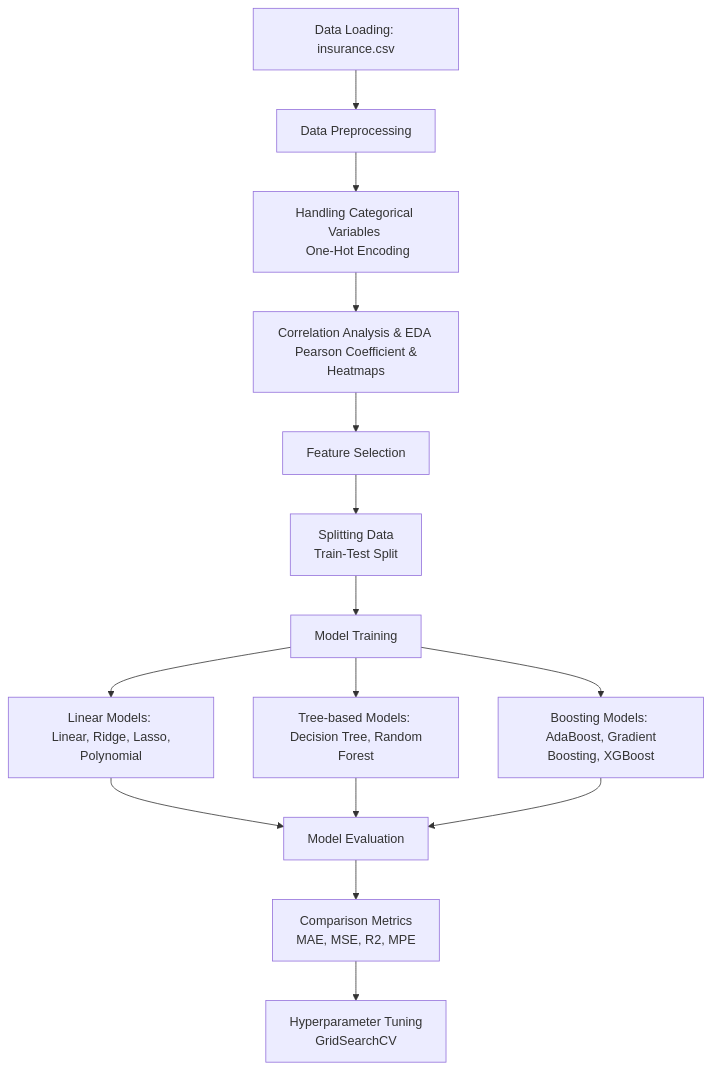
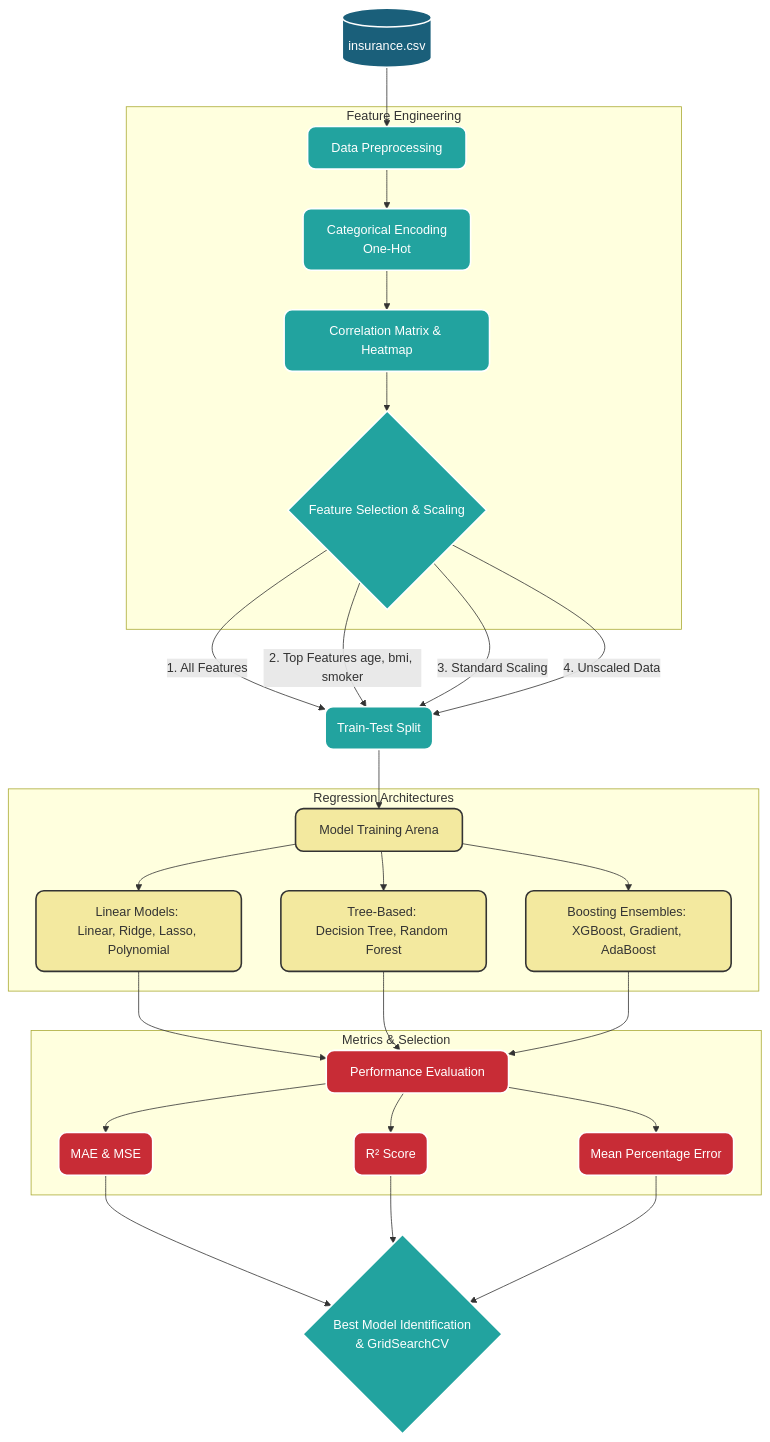
The diagram in README.md (PranjalUpadhyay7/Medical-Insurance-Cost-Prediction), drawn with Mermaid before and after one commit. The commit also changed other lines of this file, not shown here.

````diff
--- a/README.md
+++ b/README.md
@@ -18,20 +31,38 @@
 ```mermaid
-graph TD;
-    A[Data Loading: insurance.csv] --> B[Data Preprocessing];
-    B --> C[Handling Categorical Variables <br> One-Hot Encoding];
-    C --> D[Correlation Analysis & EDA <br> Pearson Coefficient & Heatmaps];
-    D --> E[Feature Selection];
-    E --> F[Splitting Data <br> Train-Test Split];
-    F --> G[Model Training];
+graph TD
+    classDef dataset fill:#1A5F7A,stroke:#ffffff,stroke-width:2px,color:#ffffff,rx:10px,ry:10px
+    classDef process fill:#22A39F,stroke:#ffffff,stroke-width:2px,color:#ffffff,rx:10px,ry:10px
+    classDef model fill:#F3E99F,stroke:#333333,stroke-width:2px,color:#333333,rx:10px,ry:10px
+    classDef eval fill:#C82C36,stroke:#ffffff,stroke-width:2px,color:#ffffff,rx:10px,ry:10px
+
+    A[(insurance.csv)]:::dataset --> B[Data Preprocessing]:::process
     
-    G --> H[Linear Models: <br> Linear, Ridge, Lasso, Polynomial];
-    G --> I[Tree-based Models: <br> Decision Tree, Random Forest];
-    G --> J[Boosting Models: <br> AdaBoost, Gradient Boosting, XGBoost];
+    subgraph Feature Engineering
+        B --> C[Categorical Encoding <br/> One-Hot]:::process
+        C --> D[Correlation Matrix & Heatmap]:::process
+        D --> E{Feature Selection & Scaling}:::process
+    end
     
-    H --> K[Model Evaluation];
-    I --> K[Model Evaluation];
-    J --> K[Model Evaluation];
+    E -->|1. All Features| F1(Train-Test Split):::process
+    E -->|2. Top Features age, bmi, smoker| F1
+    E -->|3. Standard Scaling| F1
+    E -->|4. Unscaled Data| F1
     
-    K --> L[Comparison Metrics <br> MAE, MSE, R2, MPE];
-    L --> M[Hyperparameter Tuning <br> GridSearchCV];
+    F1 --> G[Model Training Arena]:::model
+    
+    subgraph Regression Architectures
+        G --> H1[Linear Models: <br/>Linear, Ridge, Lasso, Polynomial]:::model
+        G --> H2[Tree-Based: <br/>Decision Tree, Random Forest]:::model
+        G --> H3[Boosting Ensembles: <br/>XGBoost, Gradient, AdaBoost]:::model
+    end
+    
+    H1 & H2 & H3 --> I[Performance Evaluation]:::eval
+    
+    subgraph Metrics & Selection
+        I --> J1(MAE & MSE):::eval
+        I --> J2(R² Score):::eval
+        I --> J3(Mean Percentage Error):::eval
+    end
+    
+    J1 & J2 & J3 --> K{Best Model Identification <br/> & GridSearchCV}:::process
 ```
````
